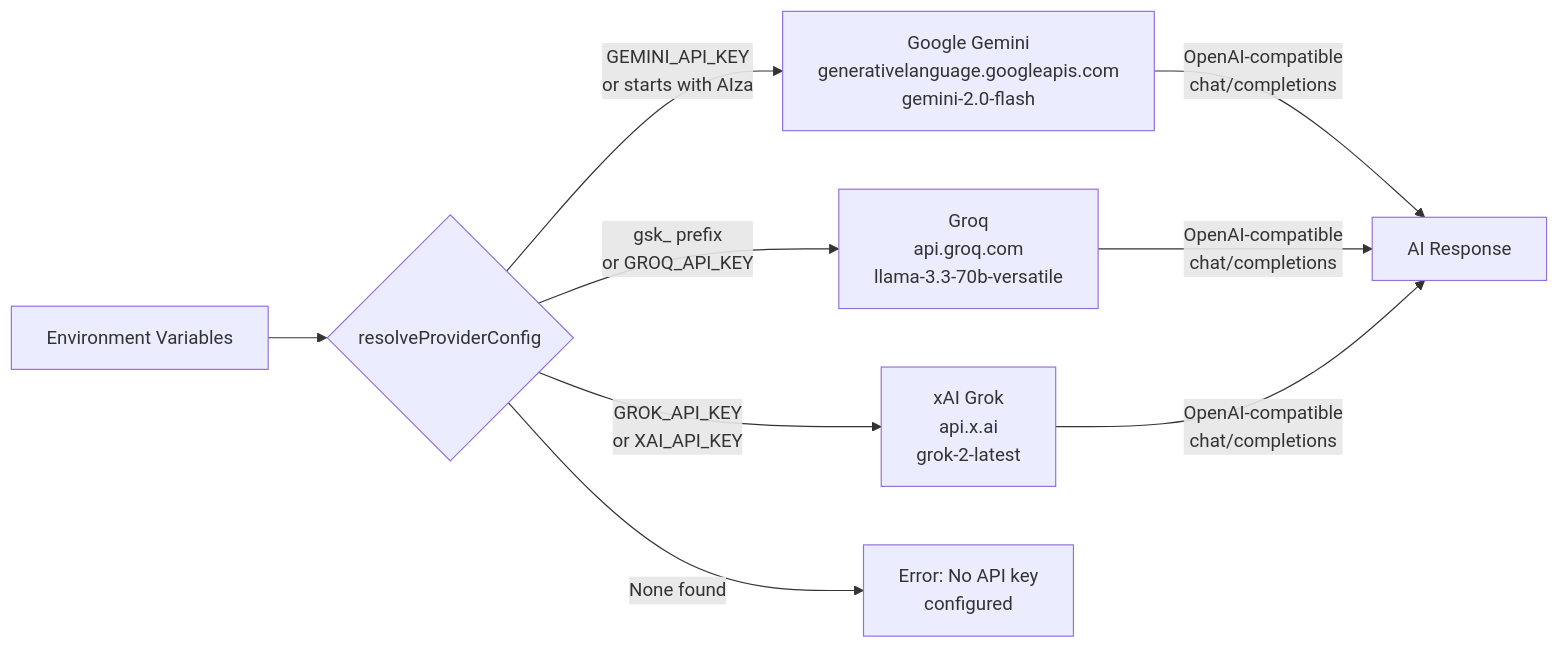
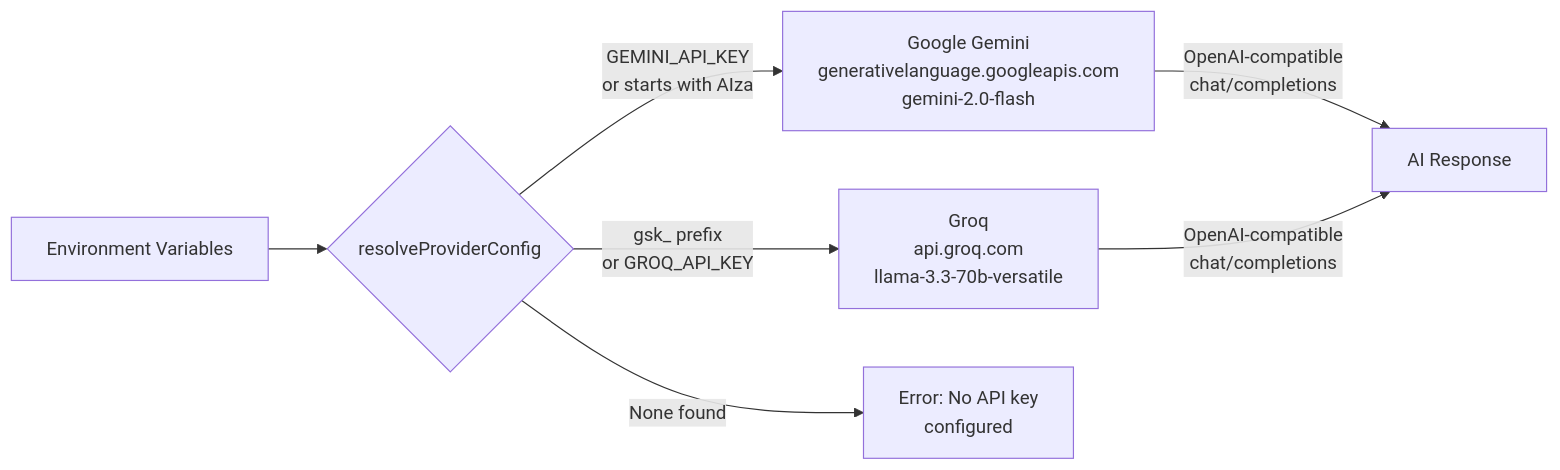
The sixth of 7 diagrams in README.md (RISHIE2006/Signl), drawn with Mermaid before and after one commit. The commit also changed other lines of this file, not shown here.

````diff
--- a/README.md
+++ b/README.md
@@ -303,9 +300,8 @@
 ```mermaid
 flowchart LR
     ENV[Environment Variables] --> R{resolveProviderConfig}
     R -->|GEMINI_API_KEY\nor starts with AIza| G["Google Gemini\ngenerativelanguage.googleapis.com\ngemini-2.0-flash"]
     R -->|gsk_ prefix\nor GROQ_API_KEY| GQ["Groq\napi.groq.com\nllama-3.3-70b-versatile"]
-    R -->|GROK_API_KEY\nor XAI_API_KEY| X["xAI Grok\napi.x.ai\ngrok-2-latest"]
     R -->|None found| ERR["Error: No API key\nconfigured"]
-    G & GQ & X -->|OpenAI-compatible\nchat/completions| RESP[AI Response]
+    G & GQ -->|OpenAI-compatible\nchat/completions| RESP[AI Response]
 ```
````
